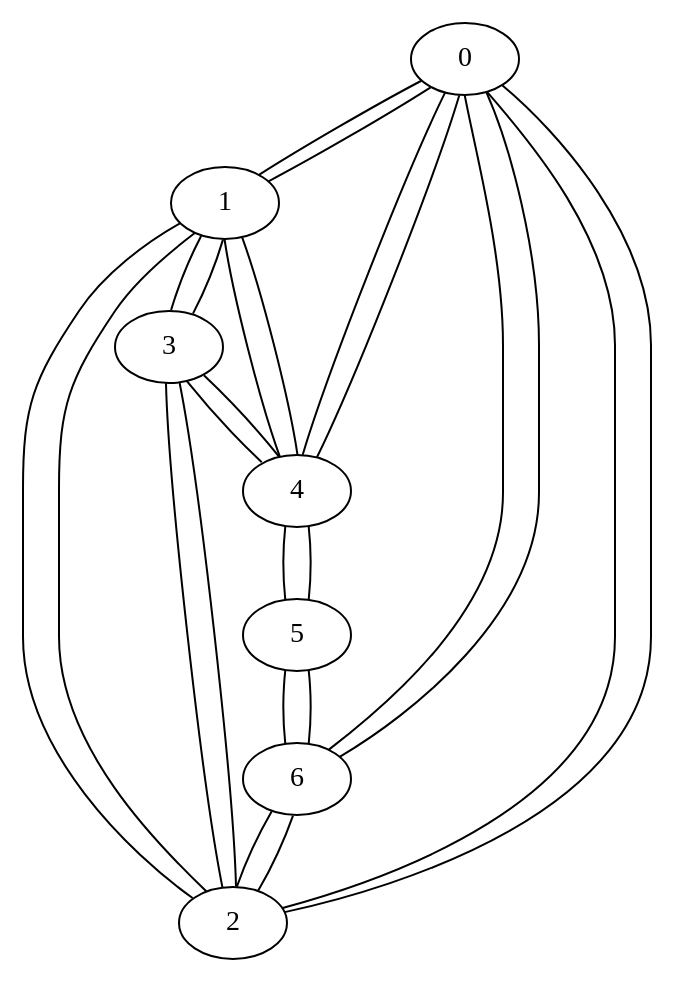
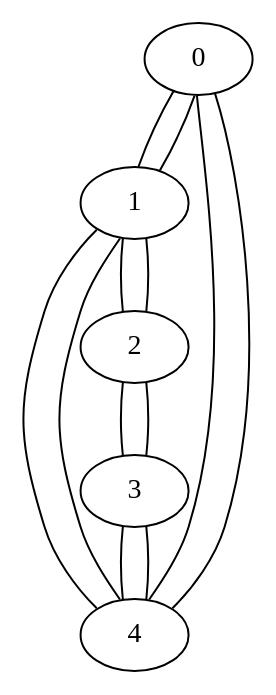
One commit to AnastasiiaSky/SimpleNavigator-v1.0 changed the diagram in src/output.dot. Above: the diagram before and after it, drawn with Graphviz. The commit also changed 33 other files, not shown here.

```diff
--- a/src/output.dot
+++ b/src/output.dot
@@ -1,26 +1,14 @@
 graph G {
   0 -- 1;
-  0 -- 2;
   0 -- 4;
-  0 -- 6;
   1 -- 0;
   1 -- 2;
-  1 -- 3;
   1 -- 4;
-  2 -- 0;
   2 -- 1;
   2 -- 3;
-  2 -- 6;
-  3 -- 1;
   3 -- 2;
   3 -- 4;
   4 -- 0;
   4 -- 1;
   4 -- 3;
-  4 -- 5;
-  5 -- 4;
-  5 -- 6;
-  6 -- 0;
-  6 -- 2;
-  6 -- 5;
 }
```
